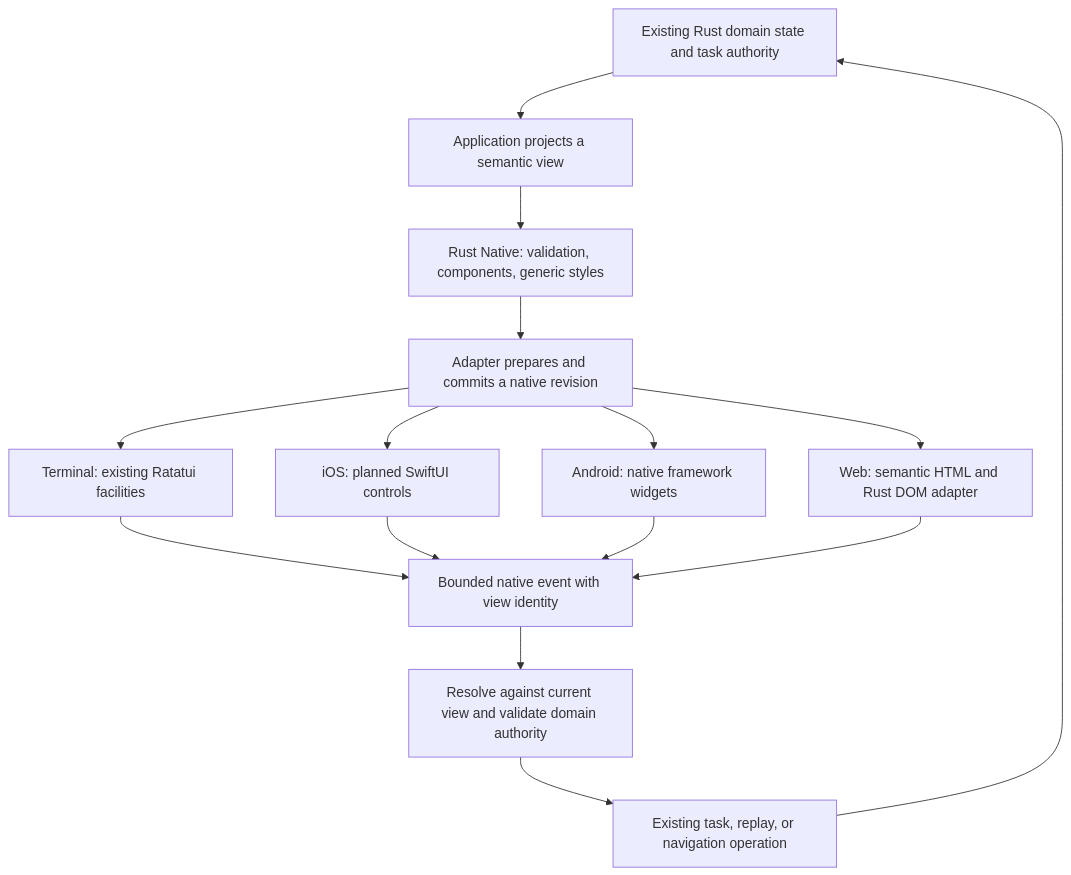
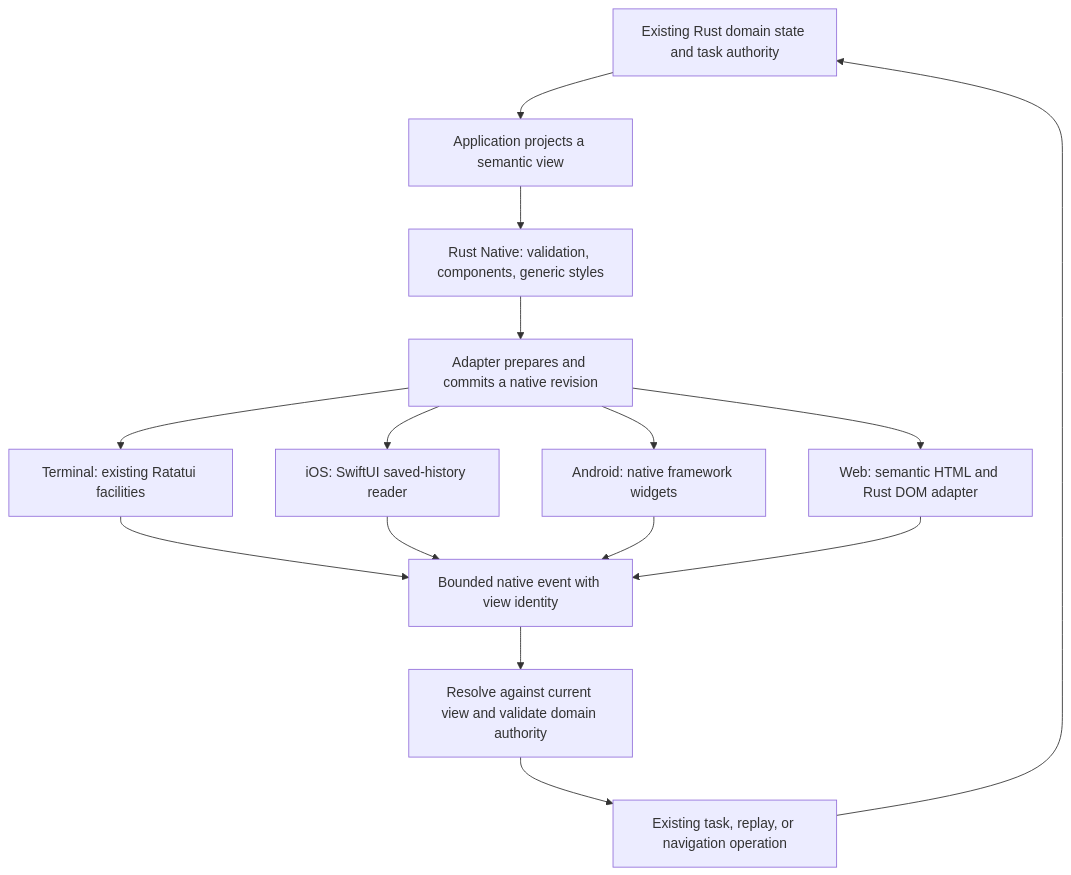
Before and after one commit to OpenAgentsInc/openagents: the diagram in docs/coder/rust-native/architecture.md, drawn with Mermaid. The commit also changed other lines of this file and 12 other files, not shown here.

````diff
--- a/docs/coder/rust-native/architecture.md
+++ b/docs/coder/rust-native/architecture.md
@@ -24,24 +26,24 @@
 ```mermaid
 flowchart TD
     Domain["Existing Rust domain state and task authority"]
     Project["Application projects a semantic view"]
     Core["Rust Native: validation, components, generic styles"]
     Mount["Adapter prepares and commits a native revision"]
     Terminal["Terminal: existing Ratatui facilities"]
-    Apple["iOS: planned SwiftUI controls"]
+    Apple["iOS: SwiftUI saved-history reader"]
     Android["Android: native framework widgets"]
     Web["Web: semantic HTML and Rust DOM adapter"]
     Event["Bounded native event with view identity"]
     Intent["Resolve against current view and validate domain authority"]
     Effect["Existing task, replay, or navigation operation"]
     Domain --> Project --> Core --> Mount
     Mount --> Terminal
     Mount --> Apple
     Mount --> Android
     Mount --> Web
     Terminal --> Event
     Apple --> Event
     Android --> Event
     Web --> Event
     Event --> Intent --> Effect --> Domain
 ```
````
